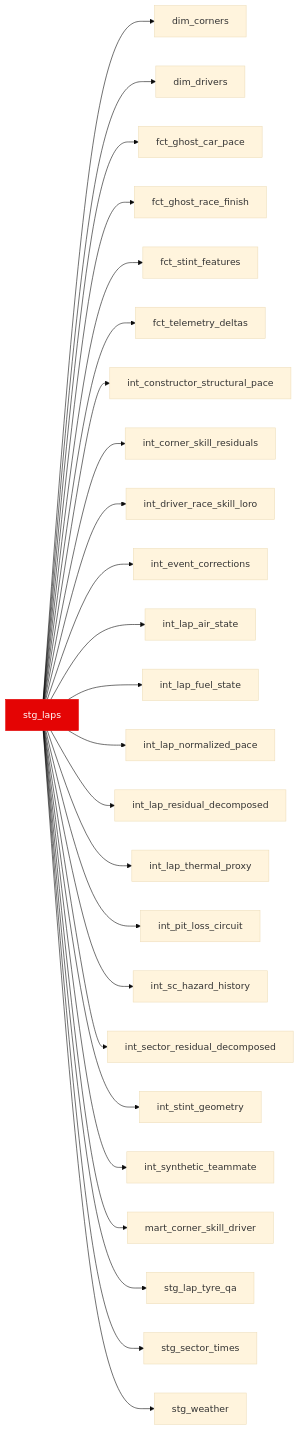
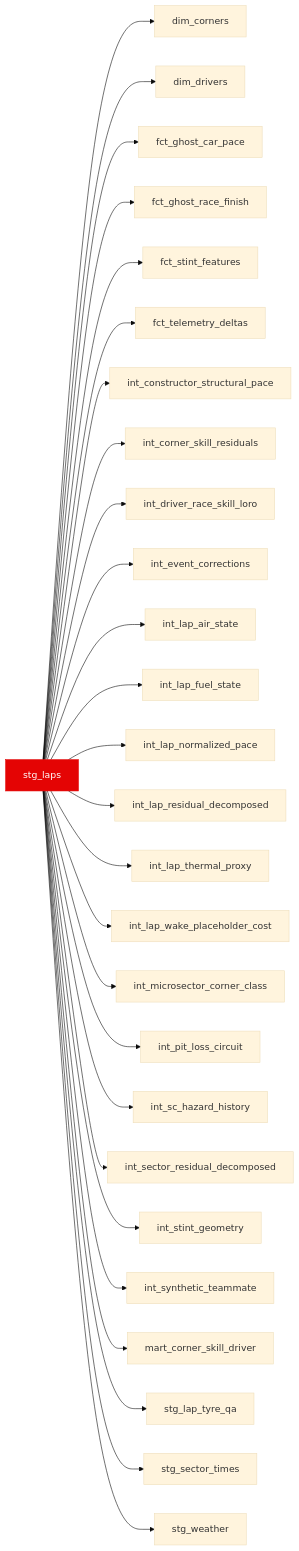
Before and after one commit to JustinClarke/off-the-pace: the diagram in docs/reference/models/stg/stg_laps.mdx, drawn with Mermaid (base theme). The commit also changed other lines of this file and 52 other files, not shown here.

````diff
--- a/docs/reference/models/stg/stg_laps.mdx
+++ b/docs/reference/models/stg/stg_laps.mdx
@@ -16,28 +16,30 @@
 ```mermaid
 flowchart LR
   stg_laps --> dim_corners
   stg_laps --> dim_drivers
   stg_laps --> fct_ghost_car_pace
   stg_laps --> fct_ghost_race_finish
   stg_laps --> fct_stint_features
   stg_laps --> fct_telemetry_deltas
   stg_laps --> int_constructor_structural_pace
   stg_laps --> int_corner_skill_residuals
   stg_laps --> int_driver_race_skill_loro
   stg_laps --> int_event_corrections
   stg_laps --> int_lap_air_state
   stg_laps --> int_lap_fuel_state
   stg_laps --> int_lap_normalized_pace
   stg_laps --> int_lap_residual_decomposed
   stg_laps --> int_lap_thermal_proxy
+  stg_laps --> int_lap_wake_placeholder_cost
+  stg_laps --> int_microsector_corner_class
   stg_laps --> int_pit_loss_circuit
   stg_laps --> int_sc_hazard_history
   stg_laps --> int_sector_residual_decomposed
   stg_laps --> int_stint_geometry
   stg_laps --> int_synthetic_teammate
   stg_laps --> mart_corner_skill_driver
   stg_laps --> stg_lap_tyre_qa
   stg_laps --> stg_sector_times
   stg_laps --> stg_weather
   style stg_laps fill:#e40404,stroke:#e40404,color:#fff
 ```
````
